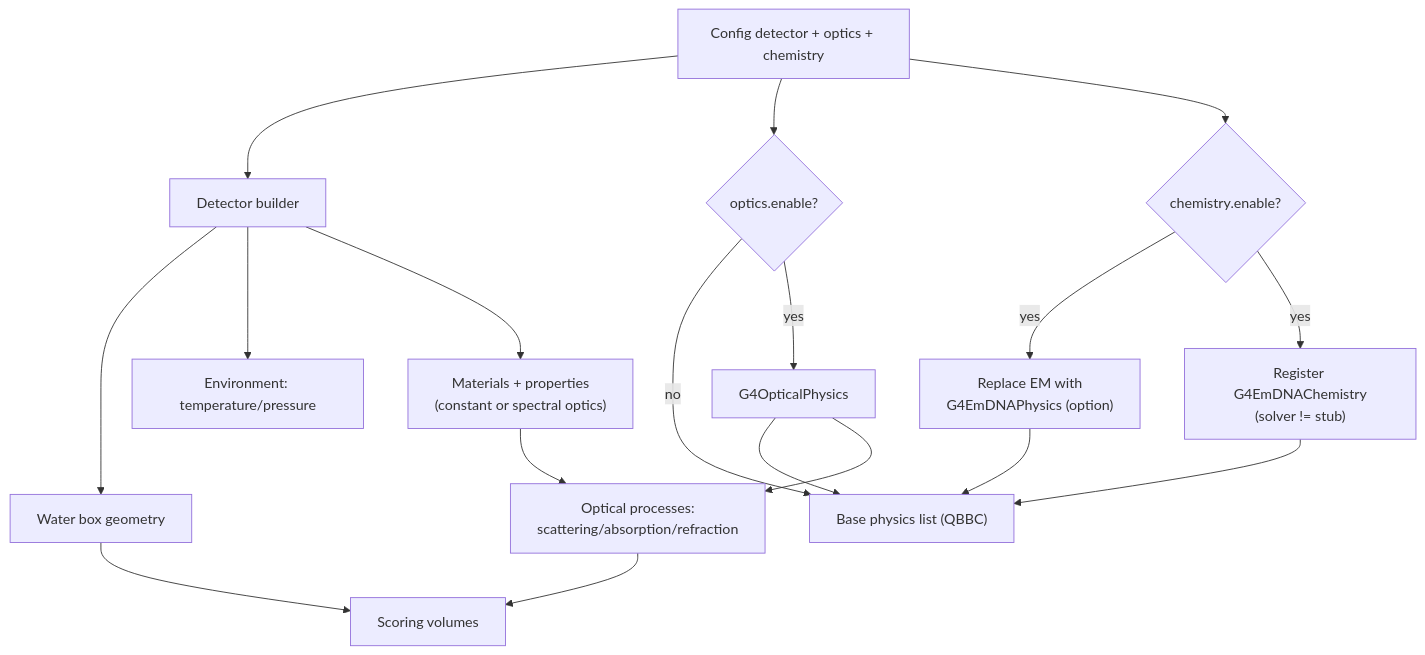
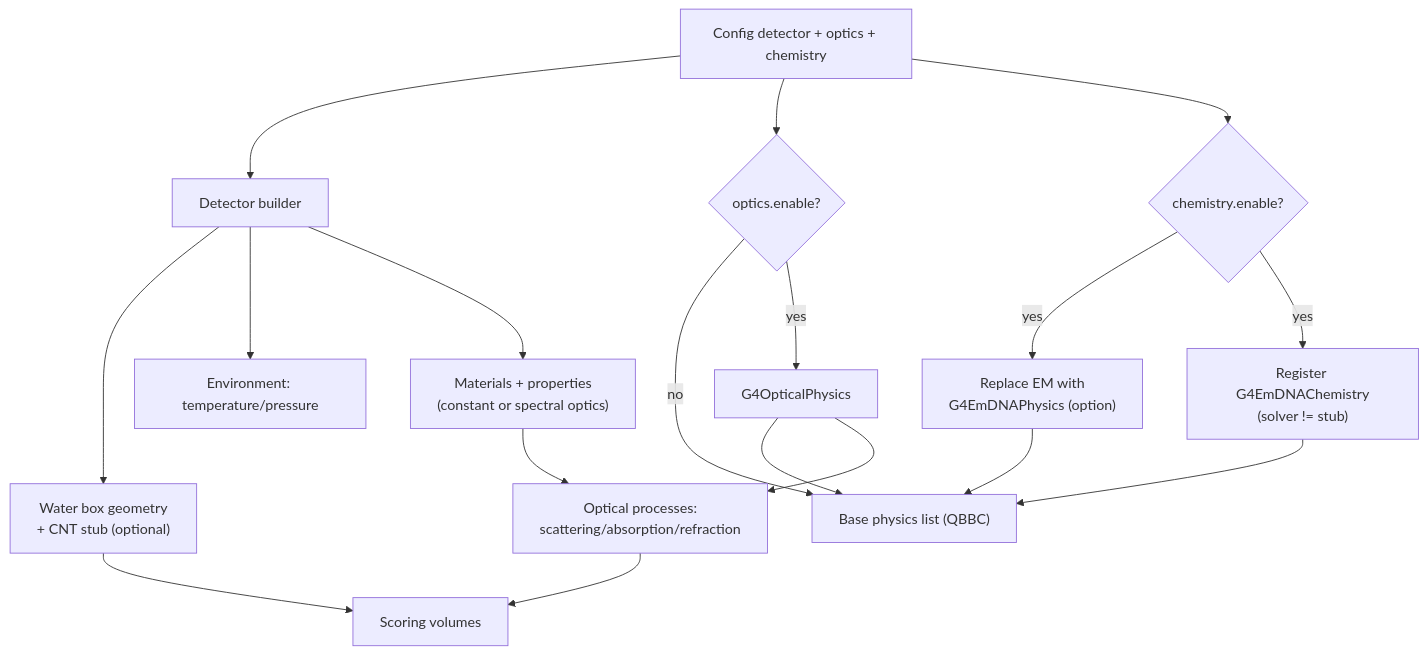
Before and after one commit to Geckos-Ink/trech: the third of 6 diagrams in CHARTS.md, drawn with Mermaid. The commit also changed 6 other files, not shown here.

First line of the commit message:
CNT geometry stub

````diff
--- a/CHARTS.md
+++ b/CHARTS.md
@@ -60,20 +60,20 @@
 ```mermaid
 flowchart TB
   CFG["Config detector + optics + chemistry"] --> DETB["Detector builder"]
-  DETB --> GEO["Water box geometry"]
+  DETB --> GEO["Water box geometry\n+ CNT stub (optional)"]
   DETB --> ENV["Environment: temperature/pressure"]
   DETB --> MAT["Materials + properties\n(constant or spectral optics)"]
   CFG --> OPT{optics.enable?}
   CFG --> CHEM{chemistry.enable?}
   OPT -- no --> PHYBASE["Base physics list (QBBC)"]
   OPT -- yes --> OPTPHYS["G4OpticalPhysics"]
   OPTPHYS --> PHYBASE
   CHEM -- yes --> DNAPHYS["Replace EM with\nG4EmDNAPhysics (option)"]
   CHEM -- yes --> DNACHEM["Register G4EmDNAChemistry\n(solver != stub)"]
   DNAPHYS --> PHYBASE
   DNACHEM --> PHYBASE
   OPTPHYS --> OP["Optical processes:\nscattering/absorption/refraction"]
   MAT --> OP
   GEO --> SD["Scoring volumes"]
   OP --> SD
 ```
````
